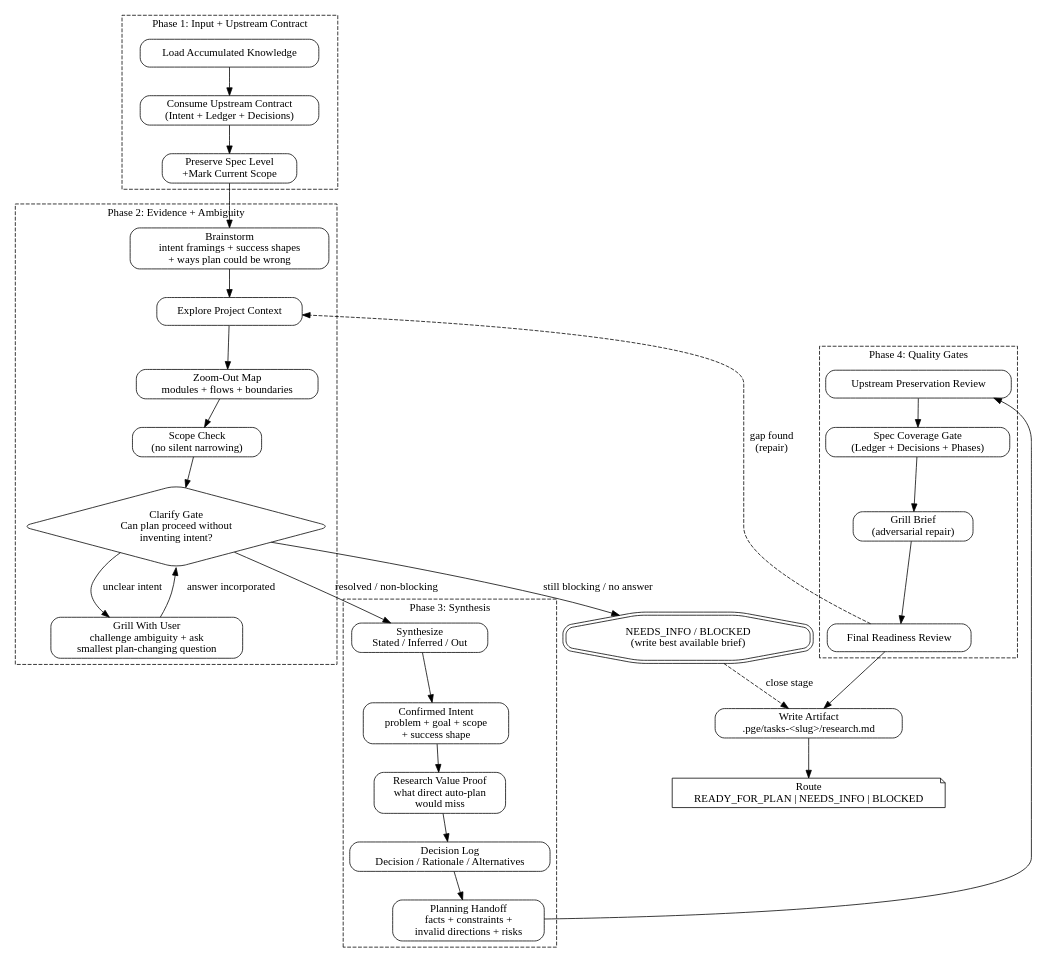
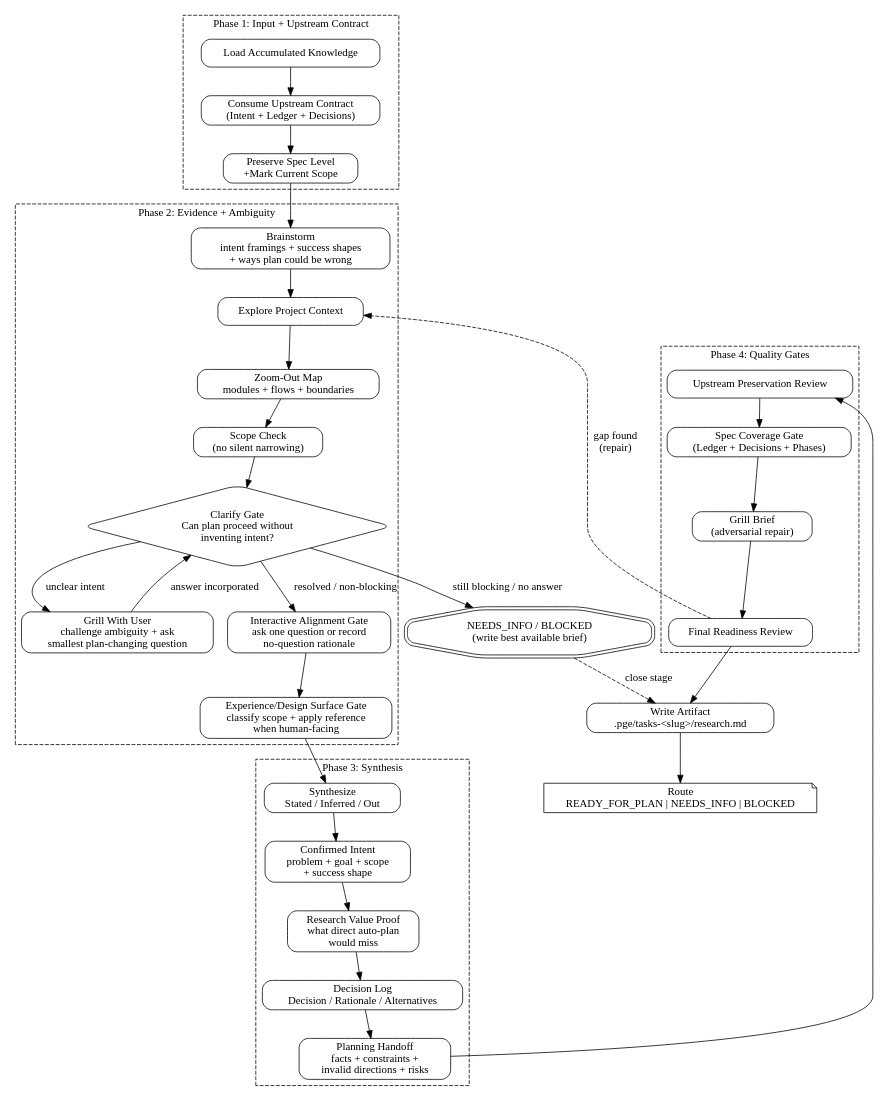
The diagram in skills/pge-research/SKILL.md (feng-y/pge), drawn with Graphviz before and after one commit. The commit also changed other lines of this file and 13 other files, not shown here.

````diff
--- a/skills/pge-research/SKILL.md
+++ b/skills/pge-research/SKILL.md
@@ -90,63 +141,66 @@
 ```dot
 digraph pge_research {
   rankdir=TB;
   node [shape=box, style=rounded];
 
   subgraph cluster_phase1 {
     label="Phase 1: Input + Upstream Contract";
     style=dashed;
     load_knowledge [label="Load Accumulated Knowledge"];
     consume_upstream [label="Consume Upstream Contract\n(Intent + Ledger + Decisions)"];
     preserve_spec [label="Preserve Spec Level\n+Mark Current Scope"];
     load_knowledge -> consume_upstream -> preserve_spec;
   }
 
   subgraph cluster_phase2 {
     label="Phase 2: Evidence + Ambiguity";
     style=dashed;
     intent_brainstorm [label="Brainstorm\nintent framings + success shapes\n+ ways plan could be wrong"];
     explore_context [label="Explore Project Context"];
     zoom_out [label="Zoom-Out Map\nmodules + flows + boundaries"];
     scope_check [label="Scope Check\n(no silent narrowing)"];
     clarify_gate [label="Clarify Gate\nCan plan proceed without\ninventing intent?", shape=diamond];
     grill_user [label="Grill With User\nchallenge ambiguity + ask\nsmallest plan-changing question"];
+    interaction_gate [label="Interactive Alignment Gate\nask one question or record\nno-question rationale"];
+    experience_gate [label="Experience/Design Surface Gate\nclassify scope + apply reference\nwhen human-facing"];
     intent_brainstorm -> explore_context -> zoom_out -> scope_check -> clarify_gate;
   }
 
   needs_info [label="NEEDS_INFO / BLOCKED\n(write best available brief)", shape=doubleoctagon];
   clarify_gate -> grill_user [label="unclear intent"];
   grill_user -> clarify_gate [label="answer incorporated"];
   clarify_gate -> needs_info [label="still blocking / no answer"];
 
   subgraph cluster_phase3 {
     label="Phase 3: Synthesis";
     style=dashed;
     synthesize [label="Synthesize\nStated / Inferred / Out"];
     confirmed_intent [label="Confirmed Intent\nproblem + goal + scope\n+ success shape"];
     value_proof [label="Research Value Proof\nwhat direct auto-plan\nwould miss"];
     decisions [label="Decision Log\nDecision / Rationale / Alternatives"];
     planning_handoff [label="Planning Handoff\nfacts + constraints +\ninvalid directions + risks"];
     synthesize -> confirmed_intent -> value_proof -> decisions -> planning_handoff;
   }
 
   subgraph cluster_phase4 {
     label="Phase 4: Quality Gates";
     style=dashed;
     preservation [label="Upstream Preservation Review"];
     coverage [label="Spec Coverage Gate\n(Ledger + Decisions + Phases)"];
     grill [label="Grill Brief\n(adversarial repair)"];
     readiness [label="Final Readiness Review"];
     preservation -> coverage -> grill -> readiness;
   }
 
   write_artifact [label="Write Artifact\n.pge/tasks-<slug>/research.md"];
   route [label="Route\nREADY_FOR_PLAN | NEEDS_INFO | BLOCKED", shape=note];
 
   preserve_spec -> intent_brainstorm;
-  clarify_gate -> synthesize [label="resolved / non-blocking"];
+  clarify_gate -> interaction_gate [label="resolved / non-blocking"];
+  interaction_gate -> experience_gate -> synthesize;
   needs_info -> write_artifact [label="close stage", style=dashed];
   planning_handoff -> preservation;
   readiness -> write_artifact -> route;
   readiness -> explore_context [label="gap found\n(repair)", style=dashed];
 }
 ```
````
